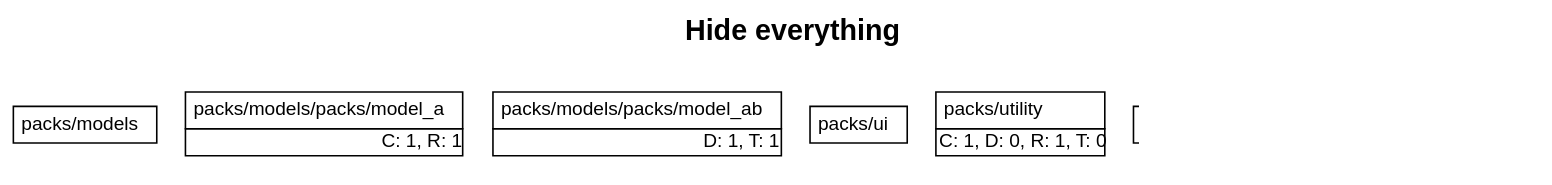
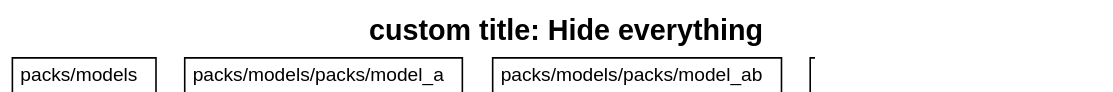
The diagram in spec/sample_app1/test_output/no_to_all.dot (rubyatscale/visualize_packs), drawn with Graphviz before and after one commit. The commit also changed 28 other files, not shown here.

```diff
--- a/spec/sample_app1/test_output/no_to_all.dot
+++ b/spec/sample_app1/test_output/no_to_all.dot
@@ -1,118 +1,108 @@
 digraph package_diagram {
   rankdir=TD
   graph [
     labelloc="t"
     fontname="Helvetica,Arial,sans-serif"
     dpi=100
     layout=dot
-    label=<<b>Hide everything</b>>
+    label=<<b>custom title: Hide everything</b>>
     fontsize=18
   ]
   node [
     fontname="Helvetica,Arial,sans-serif"
     fontsize=26.0
     fontcolor=black
     fillcolor=white
     color=black
     height=1.0
     style=filled
     shape=plain
   ]
     subgraph app {
       shape=box
       color=darkgrey
       fillcolor=lightblue
       style=filled
         cluster=false
         "packs/models" [
             fontsize=12.0
               URL="https://github.com/rubyatscale/visualize_packwerk/tree/main/spec/sample_app/packs/models"
 
             label= <
                 <table border='0' cellborder='1' cellspacing='0' cellpadding='4'>
                   <tr> <td align='left'> packs/models </td> </tr>
                 </table>
               >
           ]
         
         "packs/models/packs/model_a" [
             fontsize=12.0
               URL="https://github.com/rubyatscale/visualize_packwerk/tree/main/spec/sample_app/packs/models/packs/model_a"
 
             label= <
                 <table border='0' cellborder='1' cellspacing='0' cellpadding='4'>
                   <tr> <td align='left'> packs/models/packs/model_a </td> </tr>
-                  <tr><td CELLPADDING='1' ALIGN='RIGHT'>C: 1, R: 1</td></tr>
                 </table>
               >
           ]
         
         "packs/models/packs/model_ab" [
             fontsize=12.0
               URL="https://github.com/rubyatscale/visualize_packwerk/tree/main/spec/sample_app/packs/models/packs/model_ab"
 
             label= <
                 <table border='0' cellborder='1' cellspacing='0' cellpadding='4'>
                   <tr> <td align='left'> packs/models/packs/model_ab </td> </tr>
-                  <tr><td CELLPADDING='1' ALIGN='RIGHT'>D: 1, T: 1</td></tr>
                 </table>
               >
           ]
         
         "packs/ui" [
             fontsize=12.0
               URL="https://github.com/rubyatscale/visualize_packwerk/tree/main/spec/sample_app/packs/ui"
 
             label= <
                 <table border='0' cellborder='1' cellspacing='0' cellpadding='4'>
                   <tr> <td align='left'> packs/ui </td> </tr>
                 </table>
               >
           ]
         
     }
     subgraph utilities {
       shape=box
       color=darkgrey
       fillcolor=lightblue
       style=filled
         cluster=false
         "packs/utility" [
             fontsize=12.0
               URL="https://github.com/rubyatscale/visualize_packwerk/tree/main/spec/sample_app/packs/utility"
 
             label= <
                 <table border='0' cellborder='1' cellspacing='0' cellpadding='4'>
                   <tr> <td align='left'> packs/utility </td> </tr>
-                  <tr><td CELLPADDING='1' ALIGN='RIGHT'>C: 1, D: 0, R: 1, T: 0</td></tr>
                 </table>
               >
           ]
         
     }
     subgraph NotInLayer {
       shape=box
       color=darkgrey
       fillcolor=lightblue
       style=filled
         cluster=false
         "." [
             fontsize=12.0
               URL="https://github.com/rubyatscale/visualize_packwerk/tree/main/spec/sample_app/"
 
             label= <
                 <table border='0' cellborder='1' cellspacing='0' cellpadding='4'>
                   <tr> <td align='left'> . </td> </tr>
                 </table>
               >
           ]
         
     }
-    subgraph cluster_legend {
-      fontsize=16
-      label="Edges Styles and Arrow Heads"
-      LEGEND_NODE_1 [ label="" peripheries=0 height=0 width=0 style=invis ]
-      LEGEND_NODE_2 [ label="" peripheries=0 height=0 width=0 style=invis ]
-      LEGEND_NODE_1 -> LEGEND_NODE_2 [ style=invis ]
-    }
 }
```
